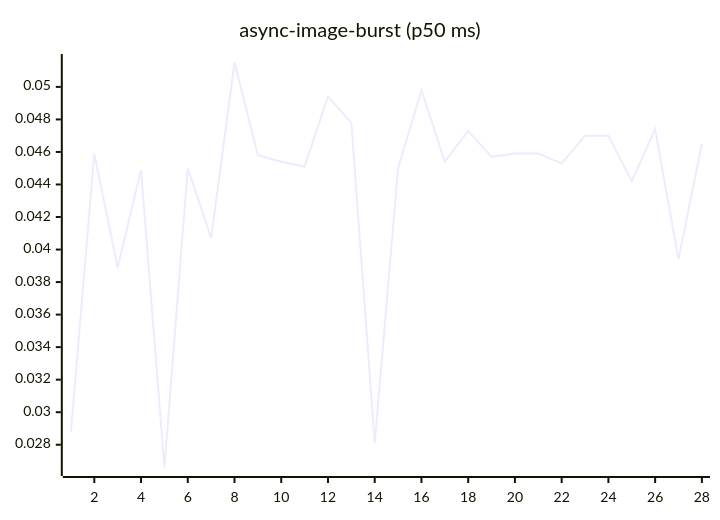
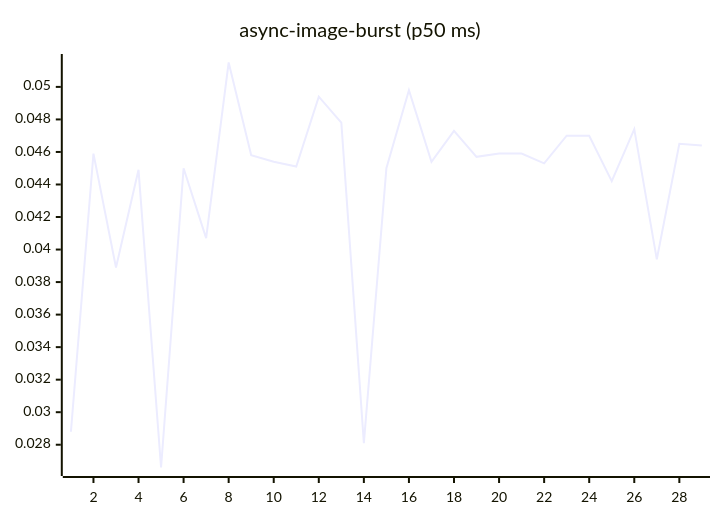
Before and after one commit to josha/Facet: the fourth of 27 diagrams in README.md, drawn with Mermaid. The commit also changed other lines of this file and 2 other files, not shown here.

````diff
--- a/README.md
+++ b/README.md
@@ -84,6 +84,6 @@
 ```mermaid
 xychart-beta
     title "async-image-burst (p50 ms)"
-    x-axis 1 --> 28
-    line [0.0288, 0.0459, 0.0389, 0.0449, 0.0266, 0.0450, 0.0407, 0.0515, 0.0458, 0.0454, 0.0451, 0.0494, 0.0478, 0.0281, 0.0450, 0.0498, 0.0454, 0.0473, 0.0457, 0.0459, 0.0459, 0.0453, 0.0470, 0.0470, 0.0442, 0.0474, 0.0394, 0.0465]
+    x-axis 1 --> 29
+    line [0.0288, 0.0459, 0.0389, 0.0449, 0.0266, 0.0450, 0.0407, 0.0515, 0.0458, 0.0454, 0.0451, 0.0494, 0.0478, 0.0281, 0.0450, 0.0498, 0.0454, 0.0473, 0.0457, 0.0459, 0.0459, 0.0453, 0.0470, 0.0470, 0.0442, 0.0474, 0.0394, 0.0465, 0.0464]
 ```
````
